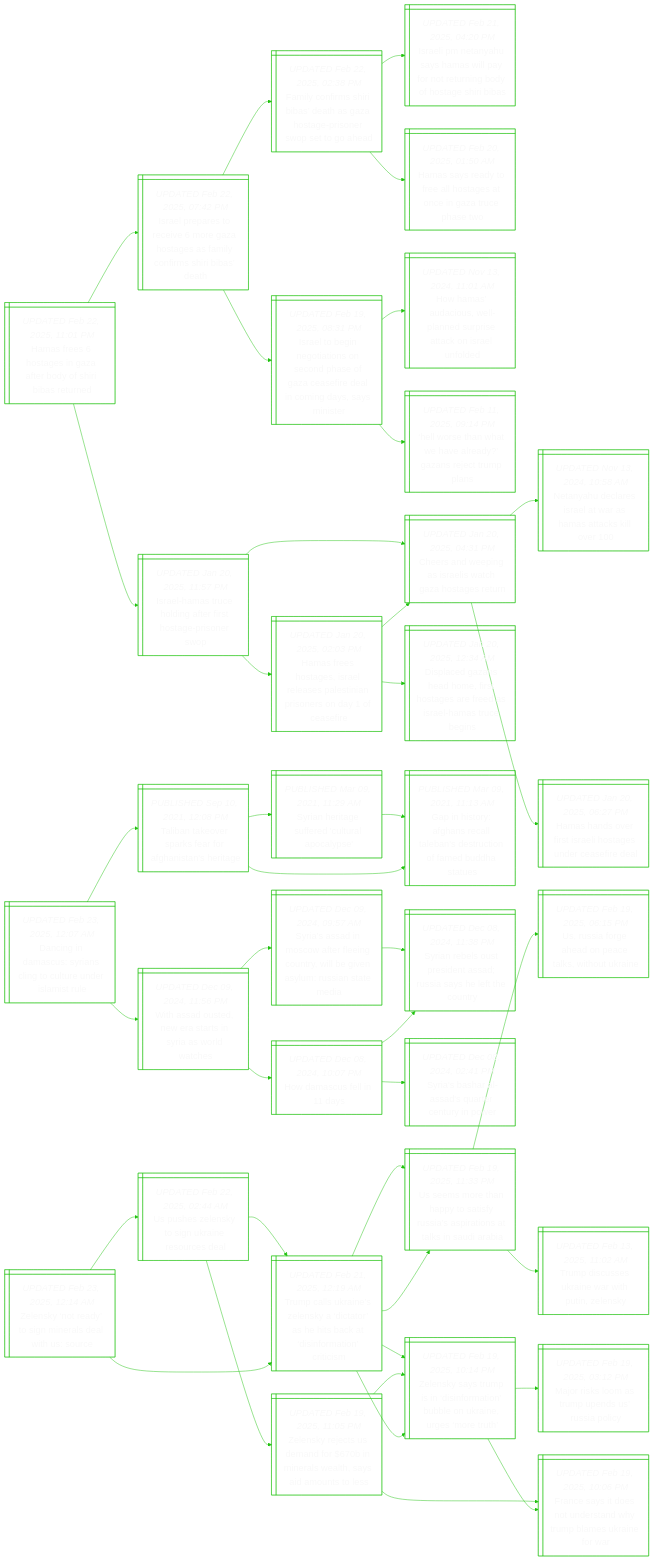
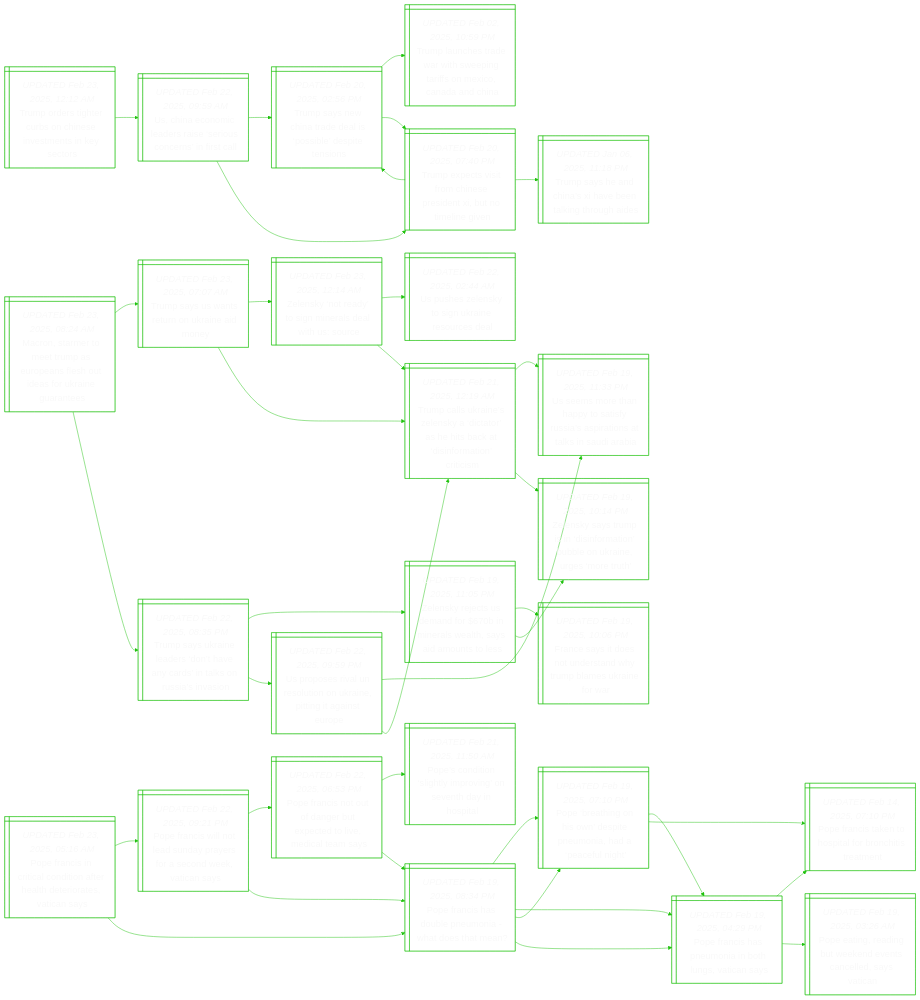
The diagram in README.md (notJmes/notJmes), drawn with Mermaid before and after one commit. The commit also changed other lines of this file, not shown here.

````diff
--- a/README.md
+++ b/README.md
@@ -16,130 +16,121 @@
 flowchart LR
 classDef txtsize font-size:20px;
 
-HfhgGfoSBrn@{ shape: win-pane, label: "_UPDATED Feb 22, 2025, 11:01 PM_
-Hamas frees 6 hostages in gaza after body of shiri bibas returned" }
-IlaoiraaslfSBd@{ shape: win-pane, label: "_UPDATED Feb 22, 2025, 07:42 PM_
-Israel prepares to receive 6 more gaza hostages as family confirms shiri bibas’ death" }
-Fyihieshgsseod@{ shape: win-pane, label: "_UPDATED Feb 22, 2025, 02:38 PM_
-Family confirms shiri bibas’ death as gaza hostage-prisoner swop set to go ahead" }
-Ileayalornohgra@{ shape: win-pane, label: "_UPDATED Feb 21, 2025, 04:20 PM_
-Israeli pm netanyahu says hamas will pay for not returning body of hostage shiri bibas" }
-Hseoasscauao@{ shape: win-pane, label: "_UPDATED Feb 20, 2025, 01:50 AM_
-Hamas says ready to free all hostages at once in gaza truce phase two" }
-IlggtooaGeiaodanr@{ shape: win-pane, label: "_UPDATED Feb 19, 2025, 08:31 PM_
-Israel to begin negotiations on second phase of gaza ceasefire deal in coming days, says minister" }
-Hmdulnrecsud@{ shape: win-pane, label: "_UPDATED Nov 13, 2024, 11:01 AM_
-How hamas’ audacious, well-planned surprise attack on israel unfolded" }
-HohaarGscmn@{ shape: win-pane, label: "_UPDATED Feb 11, 2025, 09:14 PM_
-‘hell worse than what we have already?’ gazans reject trump plans" }
-Ilseitrspno@{ shape: win-pane, label: "_UPDATED Jan 20, 2025, 11:57 PM_
-Israel-hamas truce holding after first hostage-prisoner swop" }
-Csegrshhgt@{ shape: win-pane, label: "_UPDATED Jan 20, 2025, 04:31 PM_
-Cheers and weeping as israelis watch gaza hostages return" }
-NyeeawHakl@{ shape: win-pane, label: "_UPDATED Nov 13, 2024, 10:58 AM_
-Netanyahu declares israel at war as hamas attacks kill over 100" }
-Hhoisianeia@{ shape: win-pane, label: "_UPDATED Jan 20, 2025, 06:27 PM_
-Hamas hands over first israeli hostages under ceasefire deal" }
-Hfhgreeeiiraei@{ shape: win-pane, label: "_UPDATED Jan 20, 2025, 02:03 PM_
-Hamas frees hostages, israel releases palestinian prisoners on day 1 of ceasefire" }
-Daahorssrseaci@{ shape: win-pane, label: "_UPDATED Jan 20, 2025, 12:34 AM_
-Displaced gazans head home, first hostages are freed as israel-hamas truce begins" }
-Csegrshhgt@{ shape: win-pane, label: "_UPDATED Jan 20, 2025, 04:31 PM_
-Cheers and weeping as israelis watch gaza hostages return" }
+TostrCsenkc@{ shape: win-pane, label: "_UPDATED Feb 23, 2025, 12:12 AM_
+Trump orders tighter curbs on chinese investments in key sectors" }
+Unnlrsionia@{ shape: win-pane, label: "_UPDATED Feb 22, 2025, 09:59 AM_
+Us, china economic leaders raise ‘serious concerns’ in first call" }
+Tsendlseins@{ shape: win-pane, label: "_UPDATED Feb 20, 2025, 02:56 PM_
+Trump says new china trade deal is ‘possible’ despite tensions" }
+Tlharsiroinnn@{ shape: win-pane, label: "_UPDATED Feb 02, 2025, 10:59 PM_
+Trump launches trade war with sweeping tariffs on mexico, canada and china" }
+Tetimeenuine@{ shape: win-pane, label: "_UPDATED Feb 20, 2025, 07:40 PM_
+Trump expects visit from chinese president xi, but no timeline given" }
+Tetimeenuine@{ shape: win-pane, label: "_UPDATED Feb 20, 2025, 07:40 PM_
+Trump expects visit from chinese president xi, but no timeline given" }
+TsehXetnoi@{ shape: win-pane, label: "_UPDATED Jan 06, 2025, 11:18 PM_
+Trump says he and china’s xi have been talking through aides" }
+Tsendlseins@{ shape: win-pane, label: "_UPDATED Feb 20, 2025, 02:56 PM_
+Trump says new china trade deal is ‘possible’ despite tensions" }
 
-HfhgGfoSBrn:::txtsize --> IlaoiraaslfSBd:::txtsize
-IlaoiraaslfSBd:::txtsize --> Fyihieshgsseod:::txtsize
-Fyihieshgsseod:::txtsize --> Ileayalornohgra:::txtsize
-Fyihieshgsseod:::txtsize --> Hseoasscauao:::txtsize
-IlaoiraaslfSBd:::txtsize --> IlggtooaGeiaodanr:::txtsize
-IlggtooaGeiaodanr:::txtsize --> Hmdulnrecsud:::txtsize
-IlggtooaGeiaodanr:::txtsize --> HohaarGscmn:::txtsize
-HfhgGfoSBrn:::txtsize --> Ilseitrspno:::txtsize
-Ilseitrspno:::txtsize --> Csegrshhgt:::txtsize
-Csegrshhgt:::txtsize --> NyeeawHakl:::txtsize
-Csegrshhgt:::txtsize --> Hhoisianeia:::txtsize
-Ilseitrspno:::txtsize --> Hfhgreeeiiraei:::txtsize
-Hfhgreeeiiraei:::txtsize --> Daahorssrseaci:::txtsize
-Hfhgreeeiiraei:::txtsize --> Csegrshhgt:::txtsize
+TostrCsenkc:::txtsize --> Unnlrsionia:::txtsize
+Unnlrsionia:::txtsize --> Tsendlseins:::txtsize
+Tsendlseins:::txtsize --> Tlharsiroinnn:::txtsize
+Tsendlseins:::txtsize --> Tetimeenuine:::txtsize
+Unnlrsionia:::txtsize --> Tetimeenuine:::txtsize
+Tetimeenuine:::txtsize --> TsehXetnoi:::txtsize
+Tetimeenuine:::txtsize --> Tsendlseins:::txtsize
 
-Dnauiloudlt@{ shape: win-pane, label: "_UPDATED Feb 23, 2025, 12:07 AM_
-Dancing in damascus: syrians cling to culture under islamist rule" }
-Taessfgsha@{ shape: win-pane, label: "_PUBLISHED Sep 10, 2021, 12:08 PM_
-Taliban takeover sparks fear for afghanistan's heritage" }
-Sntuetal@{ shape: win-pane, label: "_PUBLISHED Mar 09, 2021, 11:29 AM_
-Syrian heritage suffered 'cultural apocalypse'" }
-GhrheTastfdht@{ shape: win-pane, label: "_PUBLISHED Mar 09, 2021, 11:13 AM_
-Gap in history: afghans recall taleban's destruction of famed buddha statues" }
-GhrheTastfdht@{ shape: win-pane, label: "_PUBLISHED Mar 09, 2021, 11:13 AM_
-Gap in history: afghans recall taleban's destruction of famed buddha statues" }
-Wsunatysdh@{ shape: win-pane, label: "_UPDATED Dec 09, 2024, 11:56 PM_
-With assad ousted, new era starts in syria as world watches" }
-SsdsflgtlisRati@{ shape: win-pane, label: "_UPDATED Dec 09, 2024, 09:57 AM_
-Syria’s assad in moscow after fleeing country, will be given asylum: russian state media" }
-SnltiARahtoy@{ shape: win-pane, label: "_UPDATED Dec 08, 2024, 11:38 PM_
-Syrian rebels oust president assad; russia says he left the country" }
-Hmsis@{ shape: win-pane, label: "_UPDATED Dec 08, 2024, 10:07 PM_
-How damascus fell in 11 days" }
-SnltiARahtoy@{ shape: win-pane, label: "_UPDATED Dec 08, 2024, 11:38 PM_
-Syrian rebels oust president assad; russia says he left the country" }
-Ssasqetnr@{ shape: win-pane, label: "_UPDATED Dec 08, 2024, 02:41 PM_
-Syria's bashar al-assad's quarter century in power" }
+Prsiliahhrtts@{ shape: win-pane, label: "_UPDATED Feb 23, 2025, 05:16 AM_
+Pope francis in critical condition after health deteriorates, vatican says" }
+Prsnadafewan@{ shape: win-pane, label: "_UPDATED Feb 22, 2025, 09:21 PM_
+Pope francis will not lead sunday prayers for a second week, vatican says" }
+Prsuabpdviey@{ shape: win-pane, label: "_UPDATED Feb 22, 2025, 06:53 PM_
+Pope francis not out of danger but expected to live, medical team says" }
+Pctllrgvdht@{ shape: win-pane, label: "_UPDATED Feb 21, 2025, 11:50 AM_
+Pope’s condition ‘slightly improving’ on seventh day in hospital" }
+Prsopohet@{ shape: win-pane, label: "_UPDATED Feb 19, 2025, 08:34 PM_
+Pope francis has double pneumonia - what does that mean?" }
+Prsopohet@{ shape: win-pane, label: "_UPDATED Feb 19, 2025, 08:34 PM_
+Pope francis has double pneumonia - what does that mean?" }
+Prihnieiaei@{ shape: win-pane, label: "_UPDATED Feb 19, 2025, 07:10 PM_
+Pope ‘breathing on his own’ despite pneumonia, had a ‘peaceful night’" }
+Prsnnbuan@{ shape: win-pane, label: "_UPDATED Feb 19, 2025, 04:29 PM_
+Pope francis has pneumonia in both lungs, vatican says" }
+Prsopohet@{ shape: win-pane, label: "_UPDATED Feb 19, 2025, 08:34 PM_
+Pope francis has double pneumonia - what does that mean?" }
+Prihnieiaei@{ shape: win-pane, label: "_UPDATED Feb 19, 2025, 07:10 PM_
+Pope ‘breathing on his own’ despite pneumonia, had a ‘peaceful night’" }
+Prsnnbuan@{ shape: win-pane, label: "_UPDATED Feb 19, 2025, 04:29 PM_
+Pope francis has pneumonia in both lungs, vatican says" }
+Prsnslrire@{ shape: win-pane, label: "_UPDATED Feb 14, 2025, 07:10 PM_
+Pope francis taken to hospital for bronchitis treatment" }
+Prsnnbuan@{ shape: win-pane, label: "_UPDATED Feb 19, 2025, 04:29 PM_
+Pope francis has pneumonia in both lungs, vatican says" }
+Prsnslrire@{ shape: win-pane, label: "_UPDATED Feb 14, 2025, 07:10 PM_
+Pope francis taken to hospital for bronchitis treatment" }
+Parnwnnnesc@{ shape: win-pane, label: "_UPDATED Feb 19, 2025, 03:26 AM_
+Pope eating, reading but weekend events cancelled, says vatican" }
 
-Dnauiloudlt:::txtsize --> Taessfgsha:::txtsize
-Taessfgsha:::txtsize --> Sntuetal:::txtsize
-Sntuetal:::txtsize --> GhrheTastfdht:::txtsize
-Taessfgsha:::txtsize --> GhrheTastfdht:::txtsize
-Dnauiloudlt:::txtsize --> Wsunatysdh:::txtsize
-Wsunatysdh:::txtsize --> SsdsflgtlisRati:::txtsize
-SsdsflgtlisRati:::txtsize --> SnltiARahtoy:::txtsize
-Wsunatysdh:::txtsize --> Hmsis:::txtsize
-Hmsis:::txtsize --> SnltiARahtoy:::txtsize
-Hmsis:::txtsize --> Ssasqetnr:::txtsize
+Prsiliahhrtts:::txtsize --> Prsnadafewan:::txtsize
+Prsnadafewan:::txtsize --> Prsuabpdviey:::txtsize
+Prsuabpdviey:::txtsize --> Pctllrgvdht:::txtsize
+Prsuabpdviey:::txtsize --> Prsopohet:::txtsize
+Prsnadafewan:::txtsize --> Prsopohet:::txtsize
+Prsopohet:::txtsize --> Prihnieiaei:::txtsize
+Prsopohet:::txtsize --> Prsnnbuan:::txtsize
+Prsiliahhrtts:::txtsize --> Prsopohet:::txtsize
+Prsopohet:::txtsize --> Prihnieiaei:::txtsize
+Prihnieiaei:::txtsize --> Prsnnbuan:::txtsize
+Prihnieiaei:::txtsize --> Prsnslrire:::txtsize
+Prsopohet:::txtsize --> Prsnnbuan:::txtsize
+Prsnnbuan:::txtsize --> Prsnslrire:::txtsize
+Prsnnbuan:::txtsize --> Parnwnnnesc:::txtsize
 
+Mnmmrspfoeriae@{ shape: win-pane, label: "_UPDATED Feb 23, 2025, 08:24 AM_
+Macron, starmer to meet trump as europeans flesh out ideas for ukraine guarantees" }
+TsSsrkeo@{ shape: win-pane, label: "_UPDATED Feb 23, 2025, 07:07 AM_
+Trump says us wants return on ukraine aid money" }
 ZstygediSe@{ shape: win-pane, label: "_UPDATED Feb 23, 2025, 12:14 AM_
 Zelensky ‘not ready’ to sign minerals deal with us: source" }
 Uhlygaeca@{ shape: win-pane, label: "_UPDATED Feb 22, 2025, 02:44 AM_
 Us pushes zelensky to sign ukraine resources deal" }
 TcUnlytaicioiis@{ shape: win-pane, label: "_UPDATED Feb 21, 2025, 12:19 AM_
 Trump calls ukraine’s zelensky a ‘dictator’ as he hits back at ‘disinformation’ criticism" }
+TcUnlytaicioiis@{ shape: win-pane, label: "_UPDATED Feb 21, 2025, 12:19 AM_
+Trump calls ukraine’s zelensky a ‘dictator’ as he hits back at ‘disinformation’ criticism" }
 Umehtiusrnanii@{ shape: win-pane, label: "_UPDATED Feb 19, 2025, 11:33 PM_
 Us seems more than happy to satisfy russia’s aspirations at talks in saudi arabia" }
 Zsymnnaberumr@{ shape: win-pane, label: "_UPDATED Feb 19, 2025, 10:14 PM_
 Zelensky says trump is in ‘disinformation’ bubble on ukraine, urges ‘more truth’" }
+Tskeeneanssii@{ shape: win-pane, label: "_UPDATED Feb 22, 2025, 08:35 PM_
+Trump says ukraine leaders ‘don’t have any cards’ in talks on russia’s invasion" }
 ZsjUarillyate@{ shape: win-pane, label: "_UPDATED Feb 19, 2025, 11:05 PM_
 Zelensky rejects us demand for $670b in minerals wealth, says aid amounts to less" }
 Feisnthmmrfr@{ shape: win-pane, label: "_UPDATED Feb 19, 2025, 10:06 PM_
 France says it does not understand why trump blames ukraine for war" }
 Zsymnnaberumr@{ shape: win-pane, label: "_UPDATED Feb 19, 2025, 10:14 PM_
 Zelensky says trump is in ‘disinformation’ bubble on ukraine, urges ‘more truth’" }
+UprUookeiaso@{ shape: win-pane, label: "_UPDATED Feb 22, 2025, 09:59 PM_
+Us proposes rival un resolution on ukraine, pitting it against europe" }
+Umehtiusrnanii@{ shape: win-pane, label: "_UPDATED Feb 19, 2025, 11:33 PM_
+Us seems more than happy to satisfy russia’s aspirations at talks in saudi arabia" }
 TcUnlytaicioiis@{ shape: win-pane, label: "_UPDATED Feb 21, 2025, 12:19 AM_
 Trump calls ukraine’s zelensky a ‘dictator’ as he hits back at ‘disinformation’ criticism" }
-Umehtiusrnanii@{ shape: win-pane, label: "_UPDATED Feb 19, 2025, 11:33 PM_
-Us seems more than happy to satisfy russia’s aspirations at talks in saudi arabia" }
-Usreptwua@{ shape: win-pane, label: "_UPDATED Feb 19, 2025, 06:15 PM_
-Us, russia forge ahead on peace talks, without ukraine" }
-Tdskeitly@{ shape: win-pane, label: "_UPDATED Feb 13, 2025, 11:02 AM_
-Trump discusses ukraine war with putin, zelensky" }
-Zsymnnaberumr@{ shape: win-pane, label: "_UPDATED Feb 19, 2025, 10:14 PM_
-Zelensky says trump is in ‘disinformation’ bubble on ukraine, urges ‘more truth’" }
-Mrlspdupy@{ shape: win-pane, label: "_UPDATED Feb 19, 2025, 03:12 PM_
-Major risks loom as trump upends us’ russia policy" }
-Feisnthmmrfr@{ shape: win-pane, label: "_UPDATED Feb 19, 2025, 10:06 PM_
-France says it does not understand why trump blames ukraine for war" }
 
+Mnmmrspfoeriae:::txtsize --> TsSsrkeo:::txtsize
+TsSsrkeo:::txtsize --> ZstygediSe:::txtsize
 ZstygediSe:::txtsize --> Uhlygaeca:::txtsize
-Uhlygaeca:::txtsize --> TcUnlytaicioiis:::txtsize
+ZstygediSe:::txtsize --> TcUnlytaicioiis:::txtsize
+TsSsrkeo:::txtsize --> TcUnlytaicioiis:::txtsize
 TcUnlytaicioiis:::txtsize --> Umehtiusrnanii:::txtsize
 TcUnlytaicioiis:::txtsize --> Zsymnnaberumr:::txtsize
-Uhlygaeca:::txtsize --> ZsjUarillyate:::txtsize
+Mnmmrspfoeriae:::txtsize --> Tskeeneanssii:::txtsize
+Tskeeneanssii:::txtsize --> ZsjUarillyate:::txtsize
 ZsjUarillyate:::txtsize --> Feisnthmmrfr:::txtsize
 ZsjUarillyate:::txtsize --> Zsymnnaberumr:::txtsize
-ZstygediSe:::txtsize --> TcUnlytaicioiis:::txtsize
-TcUnlytaicioiis:::txtsize --> Umehtiusrnanii:::txtsize
-Umehtiusrnanii:::txtsize --> Usreptwua:::txtsize
-Umehtiusrnanii:::txtsize --> Tdskeitly:::txtsize
-TcUnlytaicioiis:::txtsize --> Zsymnnaberumr:::txtsize
-Zsymnnaberumr:::txtsize --> Mrlspdupy:::txtsize
-Zsymnnaberumr:::txtsize --> Feisnthmmrfr:::txtsize
+Tskeeneanssii:::txtsize --> UprUookeiaso:::txtsize
+UprUookeiaso:::txtsize --> Umehtiusrnanii:::txtsize
+UprUookeiaso:::txtsize --> TcUnlytaicioiis:::txtsize
 
 ```
````
